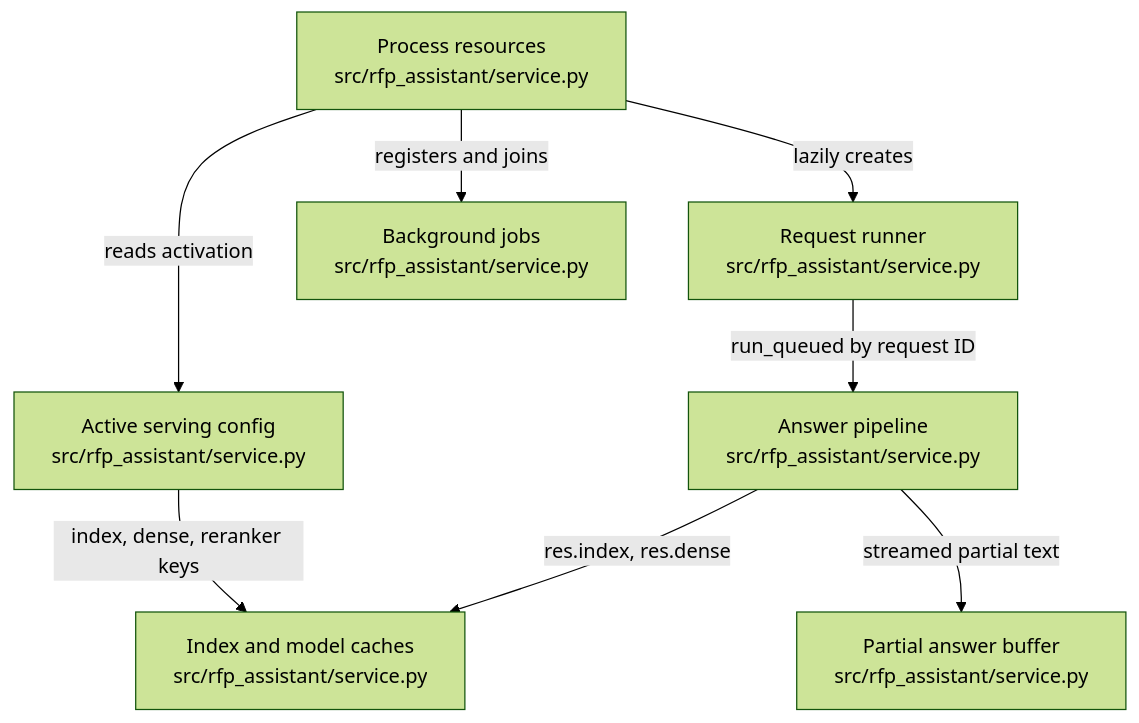
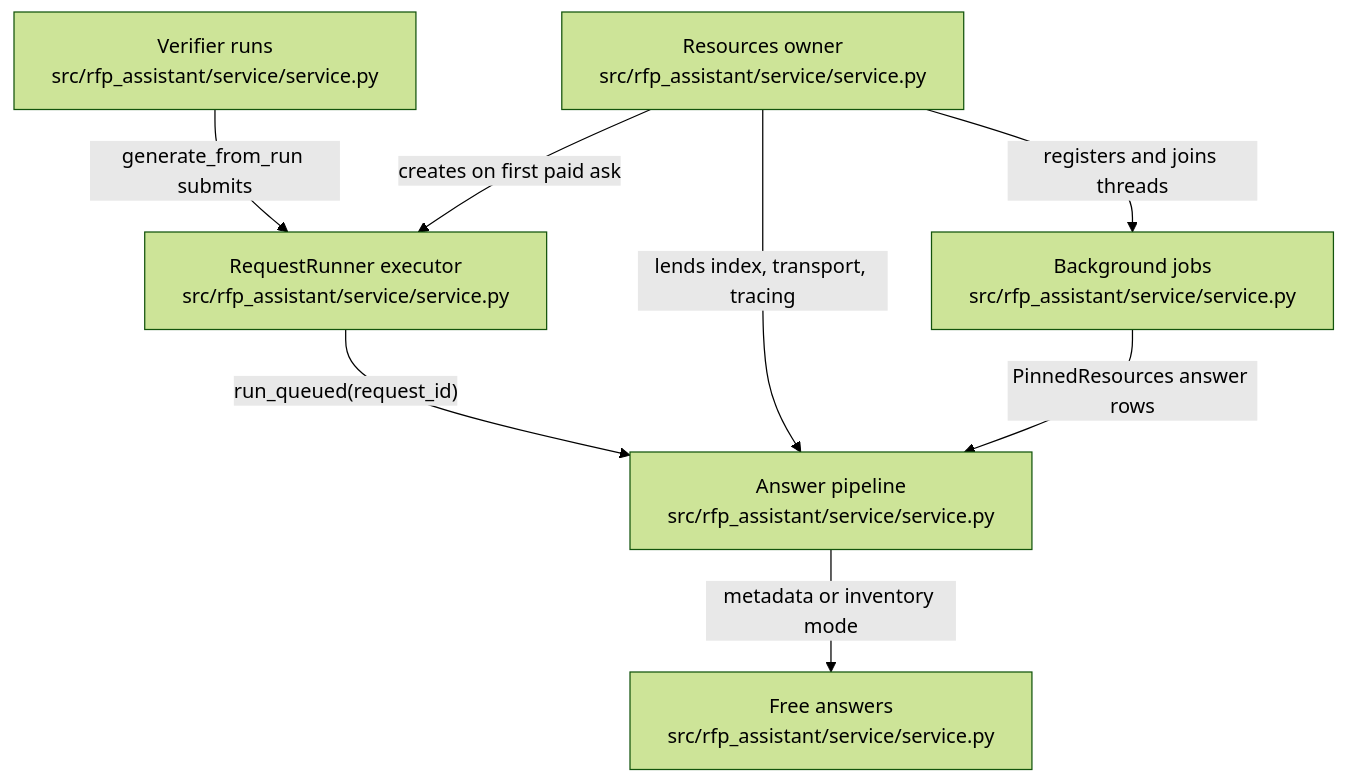
The diagram in .omm/overall-architecture/service-core/diagram.mmd (littleeeeebit/project-codeit-mid), drawn with Mermaid (forest theme) before and after one commit. The commit also changed 363 other files, not shown here.

```diff
--- a/.omm/overall-architecture/service-core/diagram.mmd
+++ b/.omm/overall-architecture/service-core/diagram.mmd
@@ -1,8 +1,8 @@
 graph TD
-  resources["Process resources\nsrc/rfp_assistant/service.py"] -->|"lazily creates"| request-runner["Request runner\nsrc/rfp_assistant/service.py"]
-  resources -->|"reads activation"| active-serving["Active serving config\nsrc/rfp_assistant/service.py"]
-  active-serving -->|"index, dense, reranker keys"| model-caches["Index and model caches\nsrc/rfp_assistant/service.py"]
-  request-runner -->|"run_queued by request ID"| answer-pipeline["Answer pipeline\nsrc/rfp_assistant/service.py"]
-  answer-pipeline -->|"res.index, res.dense"| model-caches
-  answer-pipeline -->|"streamed partial text"| partials-buffer["Partial answer buffer\nsrc/rfp_assistant/service.py"]
-  resources -->|"registers and joins"| background-jobs["Background jobs\nsrc/rfp_assistant/service.py"]
+  resources["Resources owner\nsrc/rfp_assistant/service/service.py"] -->|"creates on first paid ask"| request-runner["RequestRunner executor\nsrc/rfp_assistant/service/service.py"]
+  request-runner -->|"run_queued(request_id)"| answer-pipeline["Answer pipeline\nsrc/rfp_assistant/service/service.py"]
+  resources -->|"lends index, transport, tracing"| answer-pipeline
+  answer-pipeline -->|"metadata or inventory mode"| free-answers["Free answers\nsrc/rfp_assistant/service/service.py"]
+  verifier-runs["Verifier runs\nsrc/rfp_assistant/service/service.py"] -->|"generate_from_run submits"| request-runner
+  resources -->|"registers and joins threads"| background-jobs["Background jobs\nsrc/rfp_assistant/service/service.py"]
+  background-jobs -->|"PinnedResources answer rows"| answer-pipeline
```
